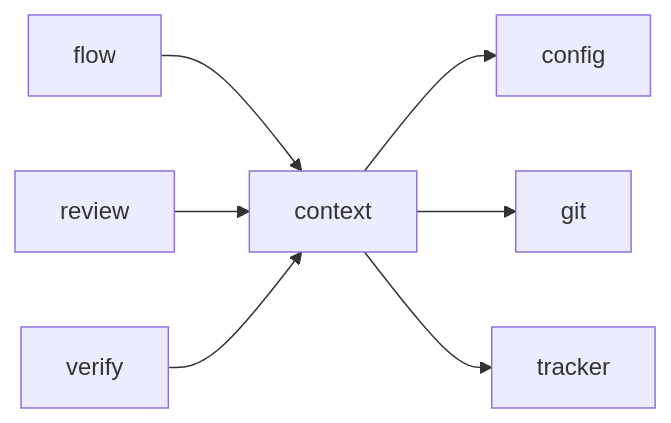
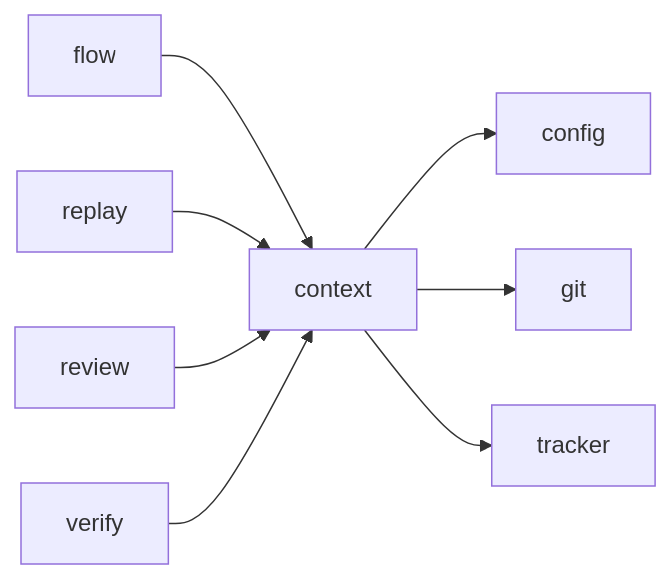
The third of 3 diagrams in docs/architecture/modules/context.md (plaplanche/ariane), drawn with Mermaid before and after one commit. The commit also changed 26 other files, not shown here.

````diff
--- a/docs/architecture/modules/context.md
+++ b/docs/architecture/modules/context.md
@@ -80,9 +80,10 @@
 ```mermaid
 flowchart LR
   context --> config
   context --> git
   context --> tracker
   flow --> context
+  replay --> context
   review --> context
   verify --> context
 ```
````
